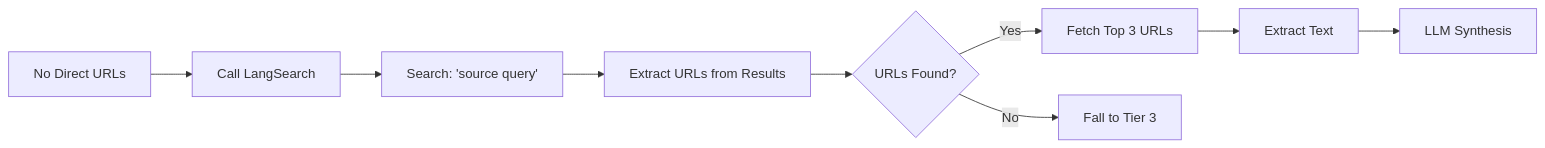
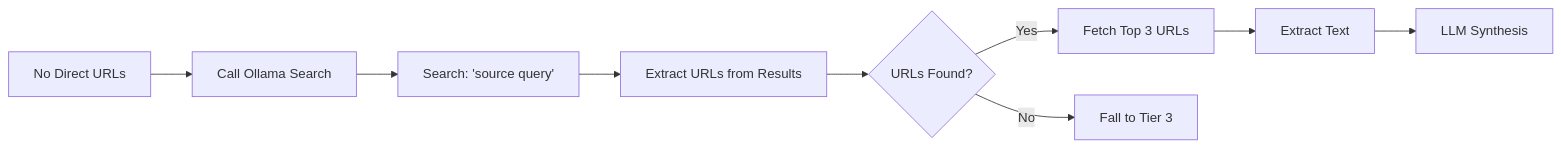
One commit to MichaelYagi/mcp-platform changed the third of 4 diagrams in docs/research_system.md. Above: the diagram before and after it, drawn with Mermaid. The commit also changed other lines of this file and 5 other files, not shown here.

Commit message:
Changed search provider to ollama search over langsearch

````diff
--- a/docs/research_system.md
+++ b/docs/research_system.md
@@ -268,11 +268,11 @@
 ```mermaid
 graph LR
-    A[No Direct URLs] --> B[Call LangSearch]
+    A[No Direct URLs] --> B[Call Ollama Search]
     B --> C[Search: 'source query']
     C --> D[Extract URLs from Results]
     D --> E{URLs Found?}
     E -->|Yes| F[Fetch Top 3 URLs]
     E -->|No| G[Fall to Tier 3]
     F --> H[Extract Text]
     H --> I[LLM Synthesis]
 ```
````
